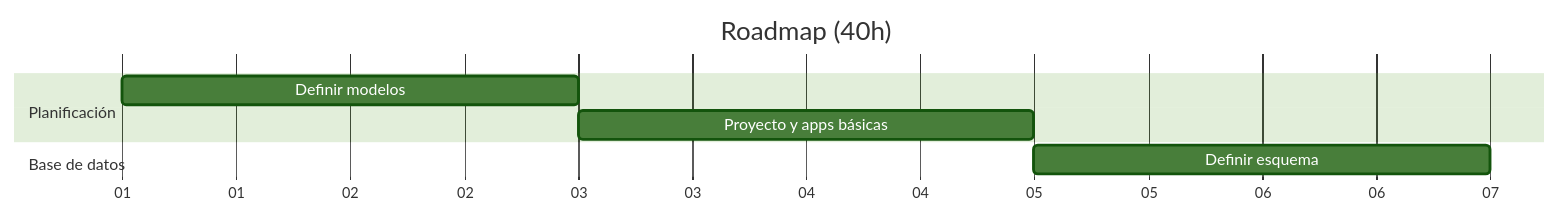
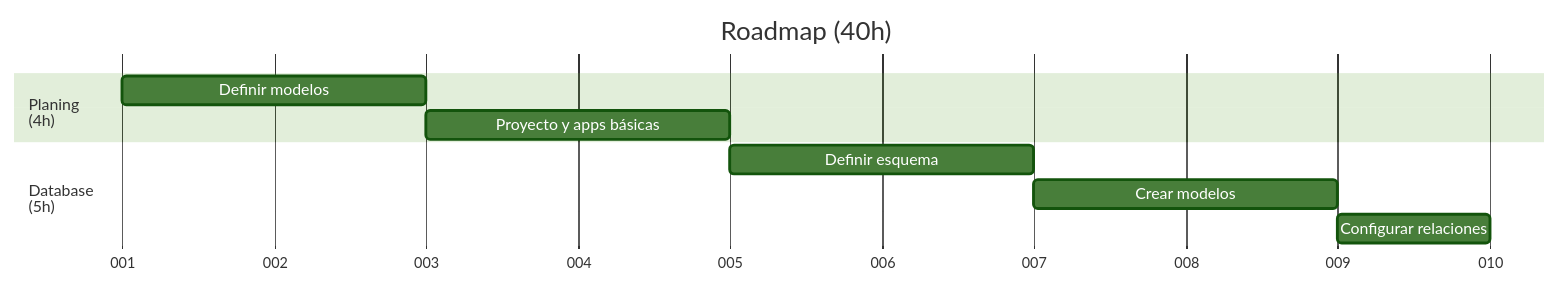
The first of 5 diagrams in .info/roadmap.md (Covija97/BadenTracker), drawn with Mermaid (forest theme) before and after one commit. The commit also changed other lines of this file, not shown here.

Commit message:
Refactor roadmap.md to enhance task organization and improve Gantt chart sections

````diff
--- a/.info/roadmap.md
+++ b/.info/roadmap.md
@@ -16,13 +16,15 @@
 ```mermaid
 gantt
     title Roadmap (40h)
-    dateFormat  MM-DDD
-    axisFormat %d
+    dateFormat  DDD
+    axisFormat %j
 
-    section Planificación
+    section Planing<br>(4h)
     Definir modelos             : 01-01, 2d
     Proyecto y apps básicas     : 01-03, 2d
 
-    section Base de datos
+    section Database<br>(5h)
     Definir esquema             : 01-05, 2d
+    Crear modelos               : 01-07, 2d
+    Configurar relaciones       : 01-09, 1d
 ```
````
